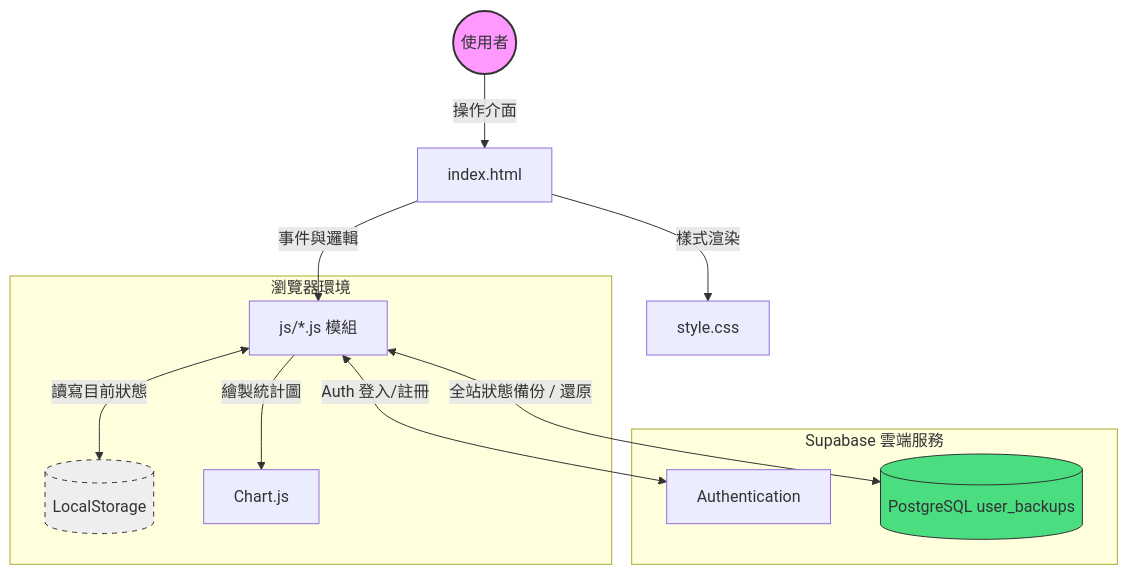
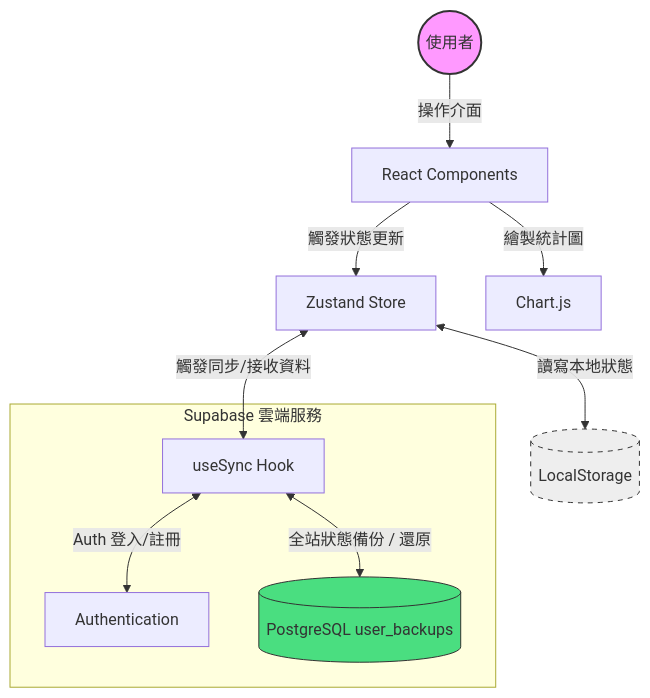
Before and after one commit to c14712369/SubItemManager: the first of 2 diagrams in system_documentation.md, drawn with Mermaid. The commit also changed other lines of this file and 15 other files, not shown here.

````diff
--- a/system_documentation.md
+++ b/system_documentation.md
@@ -9,20 +7,18 @@
 ```mermaid
 graph TD
-    User((使用者)) -->|操作介面| HTML[index.html]
-    HTML -->|樣式渲染| CSS[style.css]
-    HTML -->|事件與邏輯| JS[js/*.js 模組]
-    
-    subgraph Browser [瀏覽器環境]
-        JS <-->|讀寫目前狀態| LS[(LocalStorage)]
-        JS -->|繪製統計圖| ChartJS[Chart.js]
+    User((使用者)) -->|操作介面| React[React Components]
+    React -->|觸發狀態更新| Zustand[Zustand Store]
+    Zustand <-->|讀寫本地狀態| LS[(LocalStorage)]
+    React -->|繪製統計圖| ChartJS[Chart.js]
+
+    subgraph Cloud [Supabase 雲端服務]
+        SyncHook[useSync Hook] <-->|Auth 登入/註冊| SupabaseAuth[Authentication]
+        SyncHook <-->|全站狀態備份 / 還原| SupabaseDB[(PostgreSQL user_backups)]
     end
-    
-    subgraph Cloud [Supabase 雲端服務]
-        JS <-->|Auth 登入/註冊| SupabaseAuth[Authentication]
-        JS <-->|全站狀態備份 / 還原| SupabaseDB[(PostgreSQL user_backups)]
-    end
+
+    Zustand <-->|觸發同步/接收資料| SyncHook
 
     style User fill:#f9f,stroke:#333,stroke-width:2px
     style LS fill:#eee,stroke:#333,stroke-dasharray: 5 5
     style SupabaseDB fill:#4ade80,stroke:#333
 ```
````
